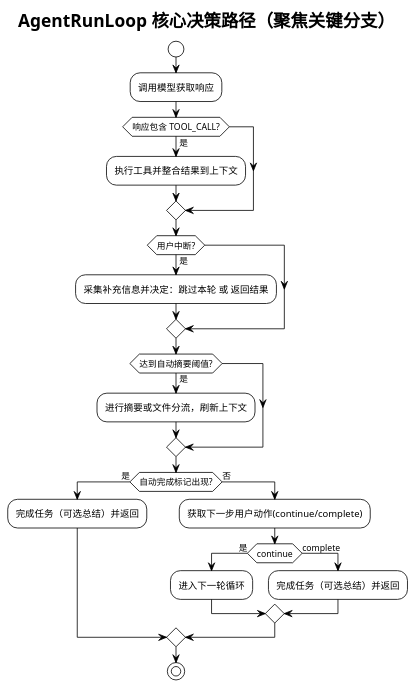
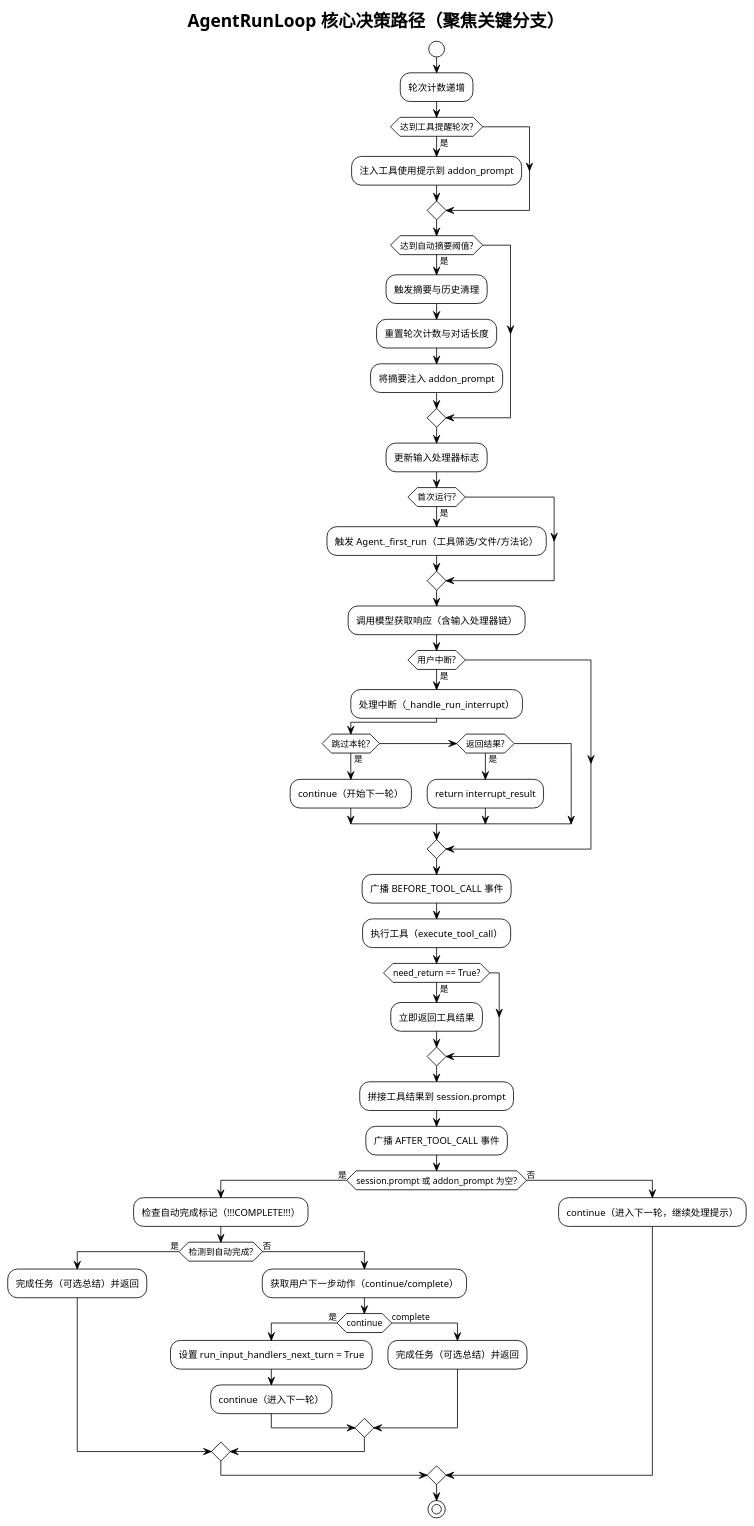
The seventh of 60 diagrams in 技术报告.md (skyfireitdiy/Jarvis), drawn with PlantUML before and after one commit. The commit also changed other lines of this file, not shown here.

````diff
--- a/技术报告.md
+++ b/技术报告.md
@@ -353,31 +405,53 @@
 ```plantuml
 @startuml
 !theme plain
 title AgentRunLoop 核心决策路径（聚焦关键分支）
 start
-:调用模型获取响应;
-if (响应包含 TOOL_CALL?) then (是)
-  :执行工具并整合结果到上下文;
+:轮次计数递增;
+if (达到工具提醒轮次?) then (是)
+  :注入工具使用提示到 addon_prompt;
 endif
-
+if (达到自动摘要阈值?) then (是)
+  :触发摘要与历史清理;
+  :重置轮次计数与对话长度;
+  :将摘要注入 addon_prompt;
+endif
+:更新输入处理器标志;
+if (首次运行?) then (是)
+  :触发 Agent._first_run（工具筛选/文件/方法论）;
+endif
+:调用模型获取响应（含输入处理器链）;
 if (用户中断?) then (是)
-  :采集补充信息并决定：跳过本轮 或 返回结果;
+  :处理中断（_handle_run_interrupt）;
+  if (跳过本轮?) then (是)
+    :continue（开始下一轮）;
+  else if (返回结果?) then (是)
+    :return interrupt_result;
+  endif
 endif
-
-if (达到自动摘要阈值?) then (是)
-  :进行摘要或文件分流，刷新上下文;
+:广播 BEFORE_TOOL_CALL 事件;
+:执行工具（execute_tool_call）;
+if (need_return == True?) then (是)
+  :立即返回工具结果;
 endif
-
-if (自动完成标记出现?) then (是)
-  :完成任务（可选总结）并返回;
+:拼接工具结果到 session.prompt;
+:广播 AFTER_TOOL_CALL 事件;
+if (session.prompt 或 addon_prompt 为空?) then (是)
+  :检查自动完成标记（!!!COMPLETE!!!）;
+  if (检测到自动完成?) then (是)
+    :完成任务（可选总结）并返回;
+  else (否)
+    :获取用户下一步动作（continue/complete）;
+    if (continue) then (是)
+      :设置 run_input_handlers_next_turn = True;
+      :continue（进入下一轮）;
+    else (complete)
+      :完成任务（可选总结）并返回;
+    endif
+  endif
 else (否)
-  :获取下一步用户动作(continue/complete);
-  if (continue) then (是)
-    :进入下一轮循环;
-  else (complete)
-    :完成任务（可选总结）并返回;
-  endif
+  :continue（进入下一轮，继续处理提示）;
 endif
 stop
 @enduml
 ```
````
